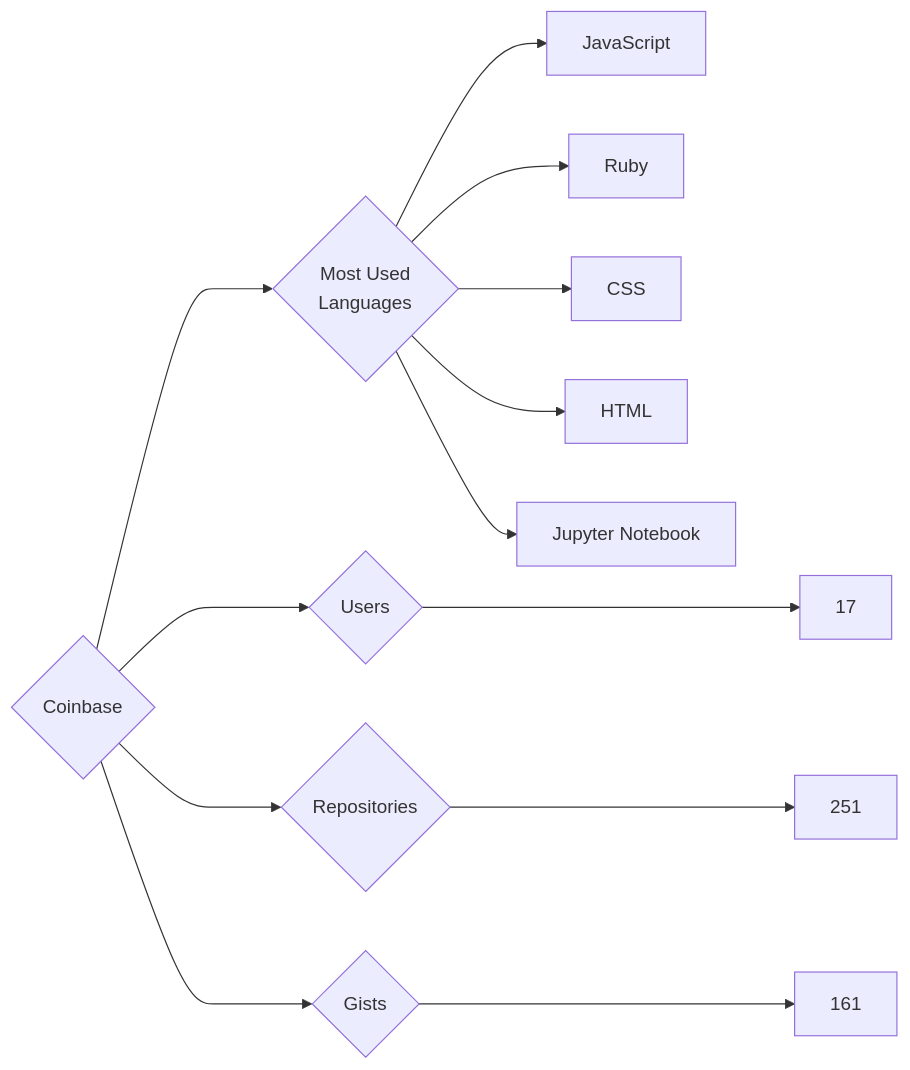
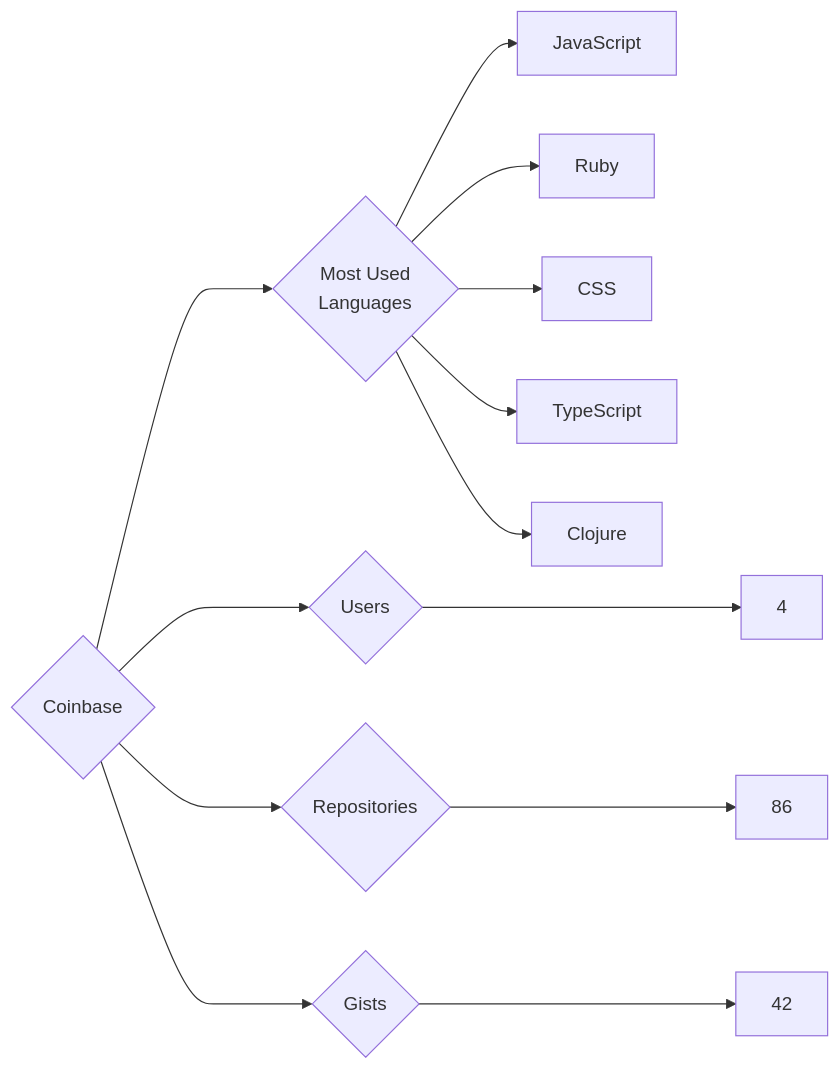
One commit to trickest/insiders changed the diagram in targets/Coinbase/README.md. Above: the diagram before and after it, drawn with Mermaid. The commit also changed 823 other files, not shown here.

````diff
--- a/targets/Coinbase/README.md
+++ b/targets/Coinbase/README.md
@@ -3,13 +3,13 @@
 ```mermaid
 graph LR
 COMPANY_NAME{Coinbase}
-COMPANY_NAME ---> U{Users} ---> UN[17]
-COMPANY_NAME ---> R{Repositories} ---> RN[251]
-COMPANY_NAME ---> G{Gists} ---> GN[161]
+COMPANY_NAME ---> U{Users} ---> UN[4]
+COMPANY_NAME ---> R{Repositories} ---> RN[86]
+COMPANY_NAME ---> G{Gists} ---> GN[42]
 COMPANY_NAME ---> ML{Most Used<br>Languages}
 ML --> JavaScript[JavaScript]
 ML --> Ruby[Ruby]
 ML --> CSS[CSS]
-ML --> HTML[HTML]
-ML --> Jupyter_Notebook[Jupyter Notebook]
+ML --> TypeScript[TypeScript]
+ML --> Clojure[Clojure]
 ```
````
